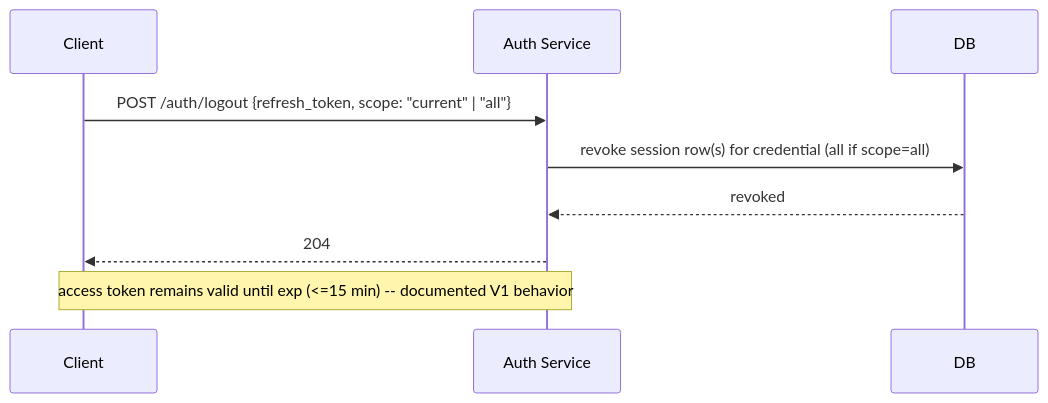
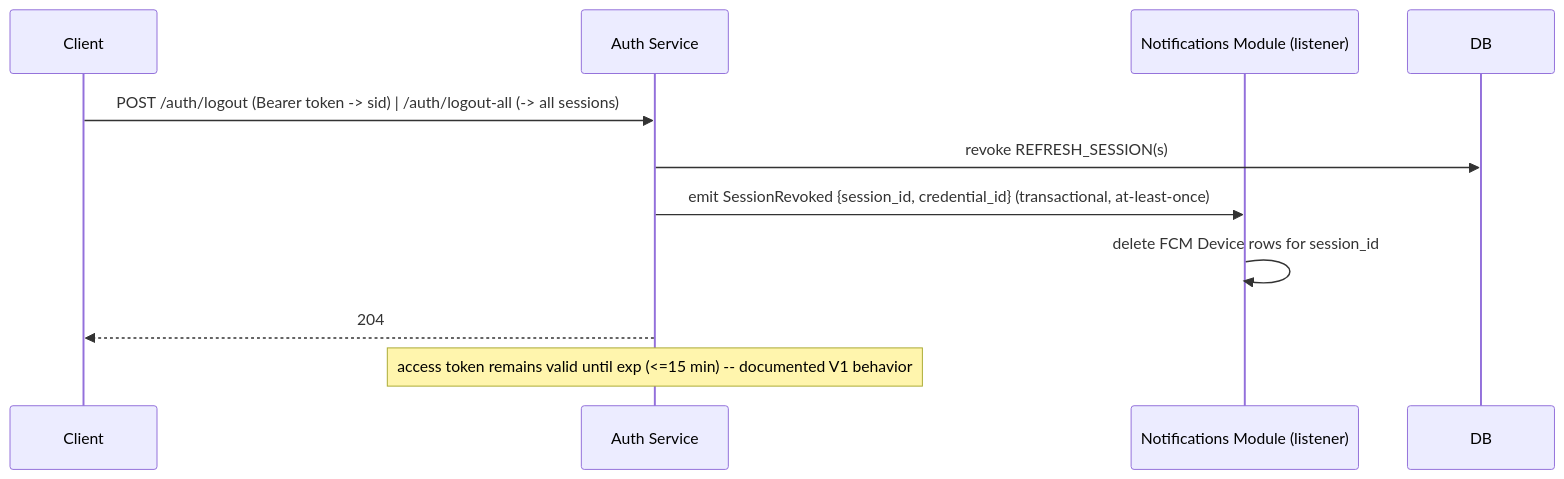
The fourth of 4 diagrams in api-design/auth.md (cheetah-org/fold-design), drawn with Mermaid before and after one commit. The commit also changed other lines of this file and 3 other files, not shown here.

````diff
--- a/api-design/auth.md
+++ b/api-design/auth.md
@@ -586,12 +596,14 @@
 ```mermaid
 sequenceDiagram
     participant C as Client
     participant A as Auth Service
+    participant N as Notifications Module (listener)
     participant DB as DB
 
-    C->>A: POST /auth/logout {refresh_token, scope: "current" | "all"}
-    A->>DB: revoke session row(s) for credential (all if scope=all)
-    DB-->>A: revoked
+    C->>A: POST /auth/logout (Bearer token -> sid)  |  /auth/logout-all (-> all sessions)
+    A->>DB: revoke REFRESH_SESSION(s)
+    A->>N: emit SessionRevoked {session_id, credential_id} (transactional, at-least-once)
+    N->>N: delete FCM Device rows for session_id
     A-->>C: 204
-    Note over C,A: access token remains valid until exp (<=15 min) -- documented V1 behavior
+    Note over A: access token remains valid until exp (<=15 min) -- documented V1 behavior
 ```
````
